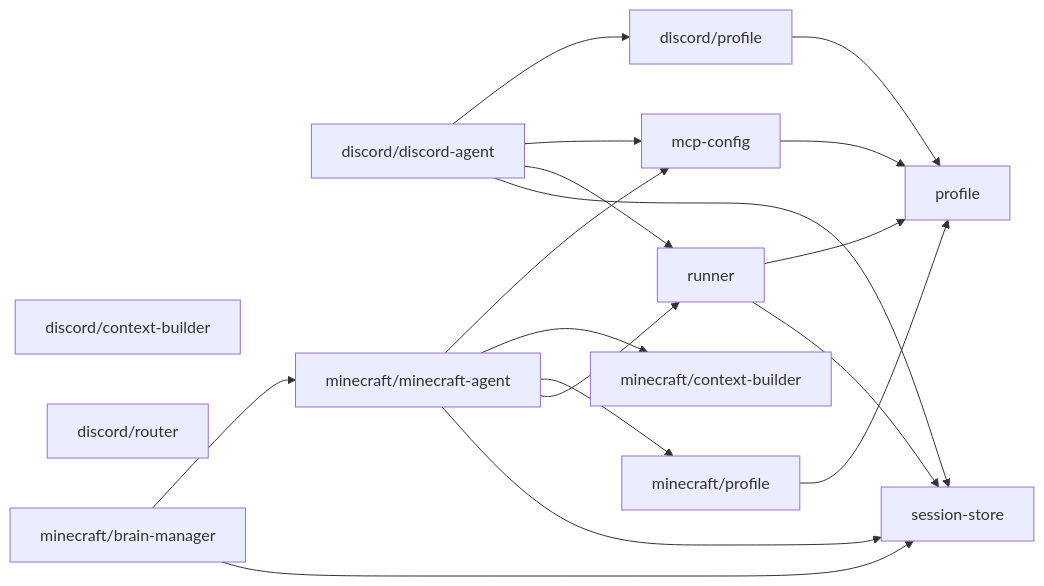
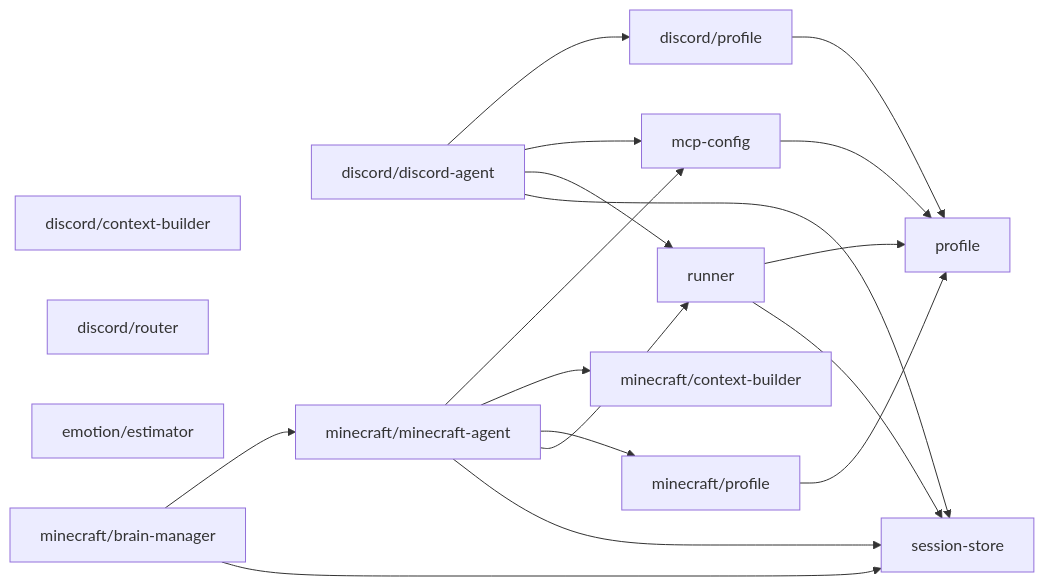
The diagram in packages/agent/DEPS.md (OJII3/vicissitude), drawn with Mermaid before and after one commit. The commit also changed other lines of this file and 4 other files, not shown here.

First line of the commit message:
feat: EmotionEstimator 実装・Gateway 連携・トリガー接続 (#291)

````diff
--- a/packages/agent/DEPS.md
+++ b/packages/agent/DEPS.md
@@ -7,24 +7,25 @@
 ```mermaid
 graph LR
   discord_context_builder["discord/context-builder"]
   discord_discord_agent["discord/discord-agent"] --> discord_profile["discord/profile"]
   discord_discord_agent["discord/discord-agent"] --> mcp_config["mcp-config"]
   discord_discord_agent["discord/discord-agent"] --> runner
   discord_discord_agent["discord/discord-agent"] --> session_store["session-store"]
   discord_profile["discord/profile"] --> profile
   discord_router["discord/router"]
+  emotion_estimator["emotion/estimator"]
   mcp_config["mcp-config"] --> profile
   minecraft_brain_manager["minecraft/brain-manager"] --> minecraft_minecraft_agent["minecraft/minecraft-agent"]
   minecraft_brain_manager["minecraft/brain-manager"] --> session_store["session-store"]
   minecraft_context_builder["minecraft/context-builder"]
   minecraft_minecraft_agent["minecraft/minecraft-agent"] --> mcp_config["mcp-config"]
   minecraft_minecraft_agent["minecraft/minecraft-agent"] --> minecraft_context_builder["minecraft/context-builder"]
   minecraft_minecraft_agent["minecraft/minecraft-agent"] --> minecraft_profile["minecraft/profile"]
   minecraft_minecraft_agent["minecraft/minecraft-agent"] --> runner
   minecraft_minecraft_agent["minecraft/minecraft-agent"] --> session_store["session-store"]
   minecraft_profile["minecraft/profile"] --> profile
   profile
   runner --> profile
   runner --> session_store["session-store"]
   session_store["session-store"]
 ```
````
